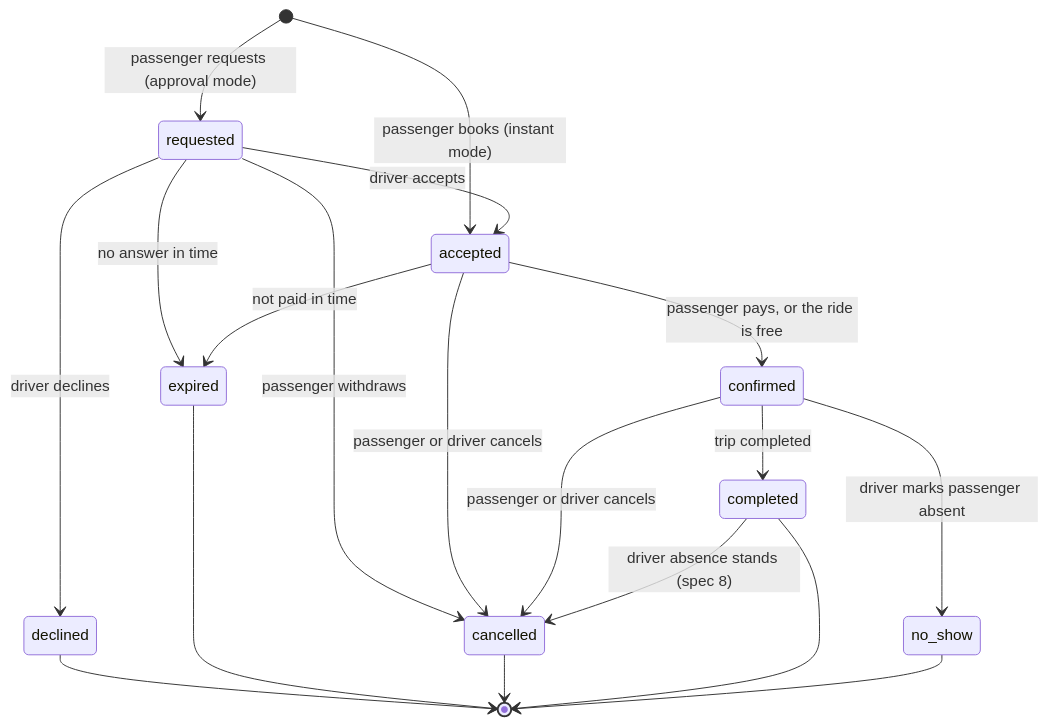
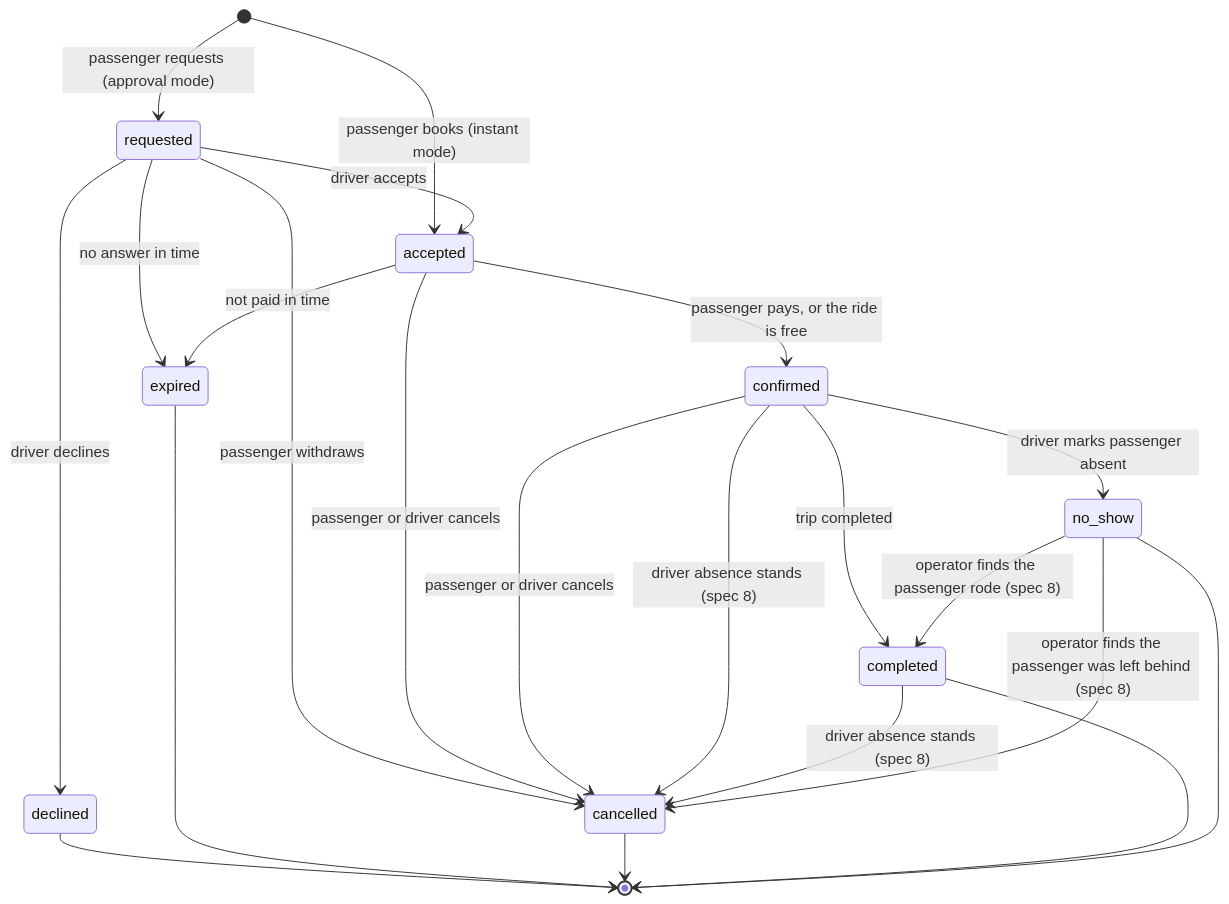
Before and after one commit to safarcikm/ShareRide: the diagram in docs/product/pricing-and-seats.md, drawn with Mermaid. The commit also changed other lines of this file and 16 other files, not shown here.

````diff
--- a/docs/product/pricing-and-seats.md
+++ b/docs/product/pricing-and-seats.md
@@ -216,21 +216,24 @@
 ```mermaid
 stateDiagram-v2
   [*] --> requested : passenger requests (approval mode)
   [*] --> accepted : passenger books (instant mode)
   requested --> accepted : driver accepts
   requested --> declined : driver declines
   requested --> expired : no answer in time
   requested --> cancelled : passenger withdraws
   accepted --> confirmed : passenger pays, or the ride is free
   accepted --> expired : not paid in time
   accepted --> cancelled : passenger or driver cancels
   confirmed --> cancelled : passenger or driver cancels
   confirmed --> completed : trip completed
   confirmed --> no_show : driver marks passenger absent
+  confirmed --> cancelled : driver absence stands (spec 8)
   declined --> [*]
   expired --> [*]
   cancelled --> [*]
   completed --> cancelled : driver absence stands (spec 8)
   completed --> [*]
+  no_show --> completed : operator finds the passenger rode (spec 8)
+  no_show --> cancelled : operator finds the passenger was left behind (spec 8)
   no_show --> [*]
 ```
````
